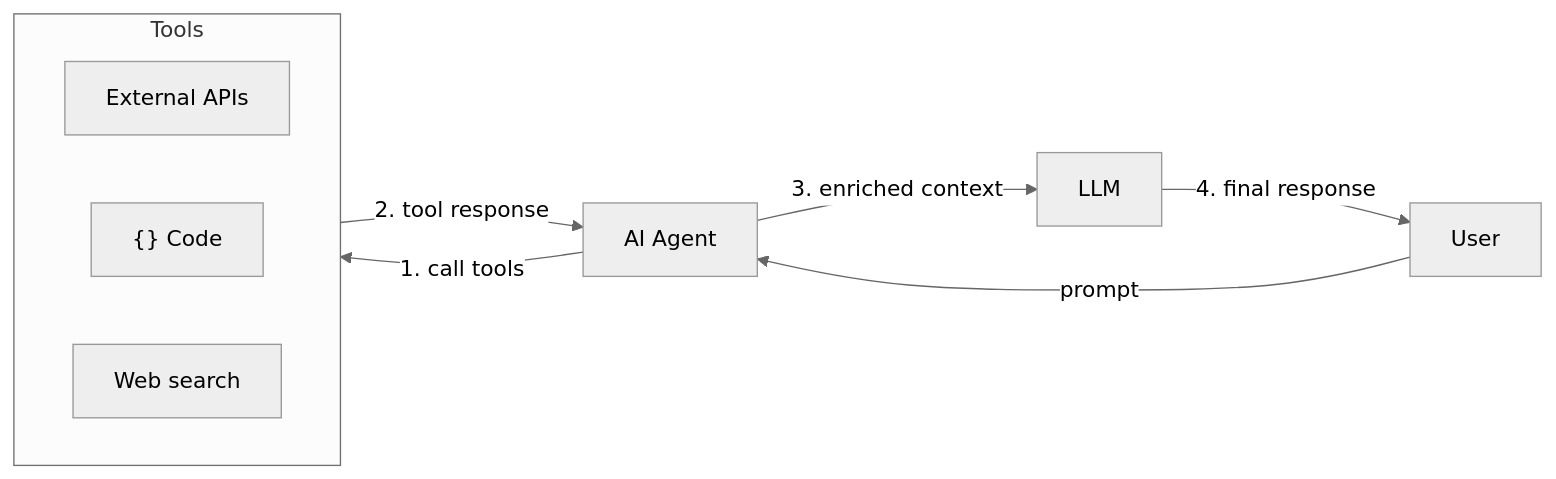
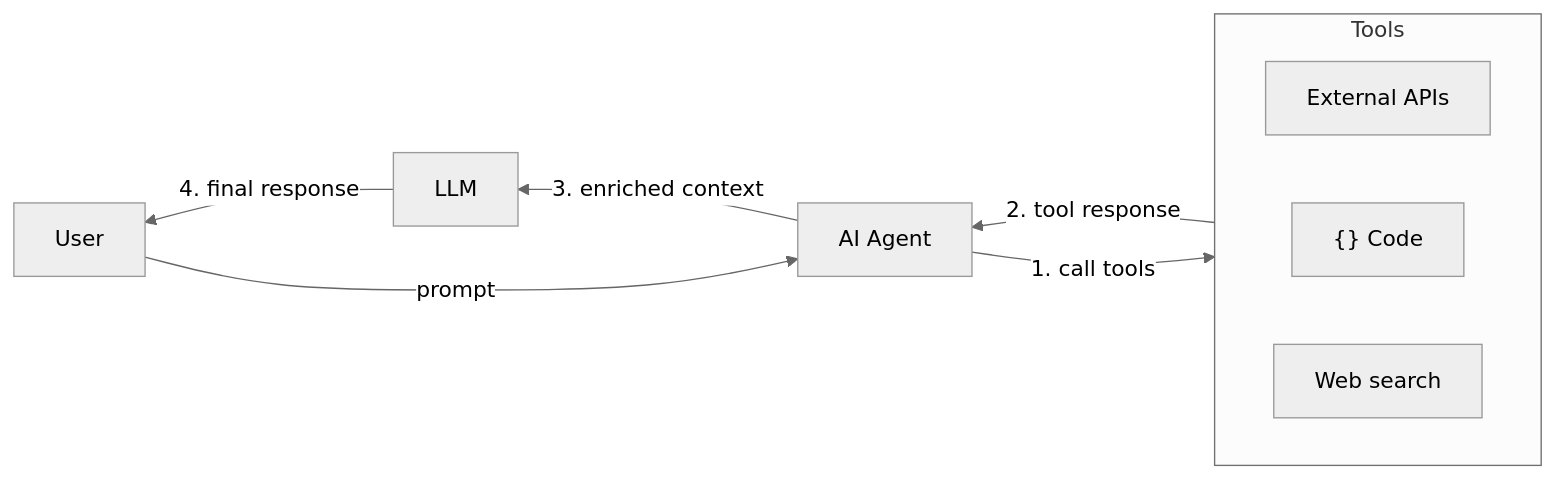
Before and after one commit to jpraychev/youtube: the second of 2 diagrams in 001/README.md, drawn with Mermaid (neutral theme).

````diff
--- a/001/README.md
+++ b/001/README.md
@@ -67,16 +67,16 @@
 ```mermaid
-flowchart LR
+flowchart RL
     User[User] -->|prompt| Agent[AI Agent]
     Agent -->|1. call tools| Tools
 
     subgraph Tools["Tools"]
         direction LR
         T1["External APIs"]
         T2["{} Code"]
         T3["Web search"]
     end
 
     Tools -->|2. tool response| Agent
     Agent -->|3. enriched context| LLM[LLM]
     LLM -->|4. final response| User
 ```
````
